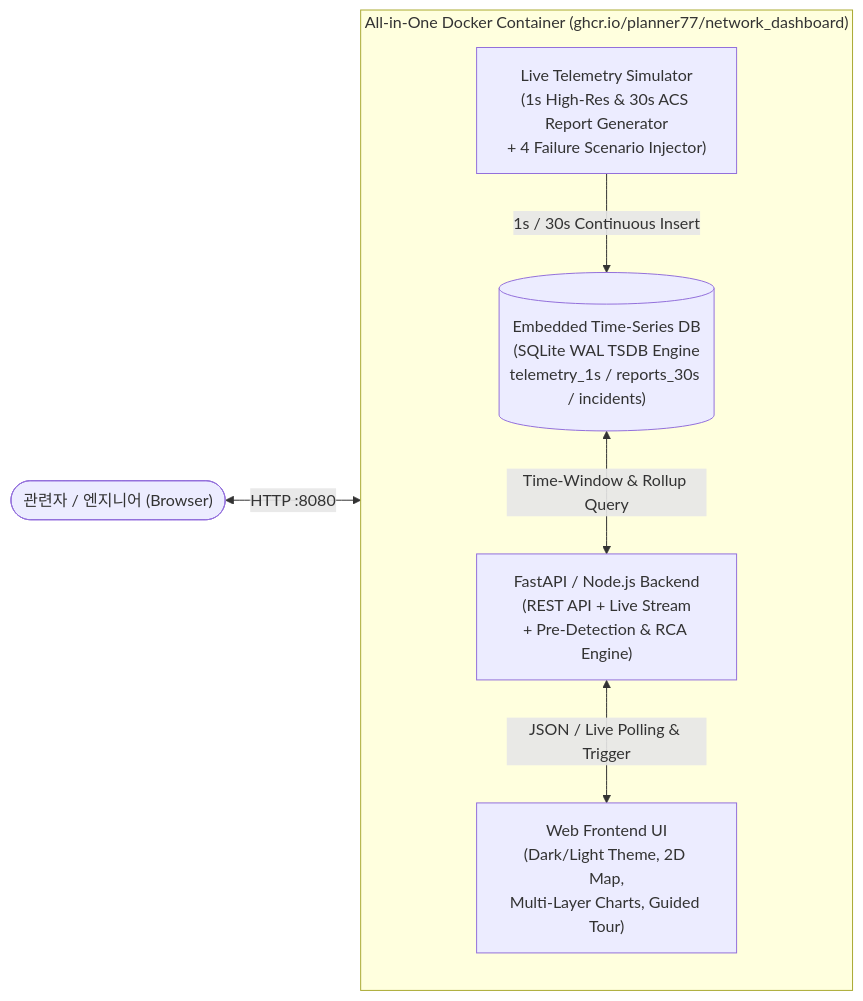
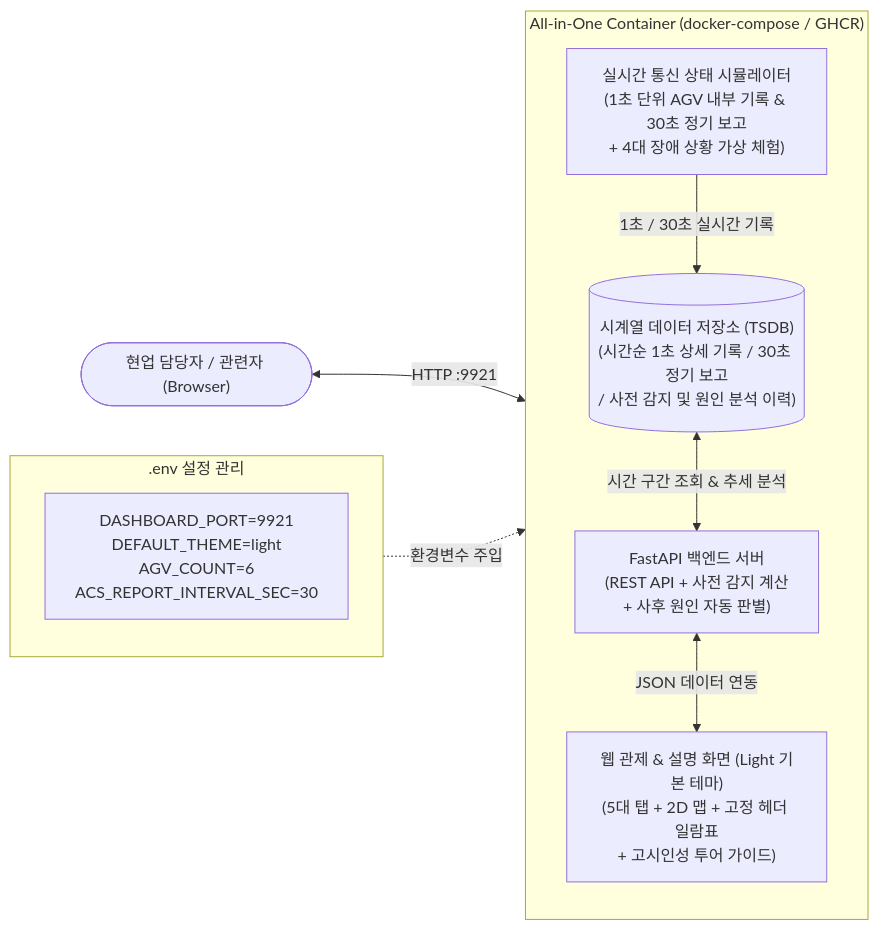
The diagram in docs/ARCHITECTURE.md (planner77/network_dashboard), drawn with Mermaid before and after one commit. The commit also changed other lines of this file and 17 other files, not shown here.

Commit message:
feat(v1.1): light theme default, port 9921 .env config, plain terminology, AGV/ACS roles tab, sticky table & high-visibility tour

````diff
--- a/docs/ARCHITECTURE.md
+++ b/docs/ARCHITECTURE.md
@@ -11,15 +9,20 @@
 ```mermaid
 flowchart LR
-    subgraph Container["All-in-One Docker Container (ghcr.io/planner77/network_dashboard)"]
+    subgraph Env[".env 설정 관리"]
+        E1["DASHBOARD_PORT=9921\nDEFAULT_THEME=light\nAGV_COUNT=6\nACS_REPORT_INTERVAL_SEC=30"]
+    end
+
+    subgraph Container["All-in-One Container (docker-compose / GHCR)"]
         direction TB
-        Sim["Live Telemetry Simulator\n(1s High-Res & 30s ACS Report Generator\n+ 4 Failure Scenario Injector)"]
-        TSDB[("Embedded Time-Series DB\n(SQLite WAL TSDB Engine\ntelemetry_1s / reports_30s / incidents)")]
-        API["FastAPI / Node.js Backend\n(REST API + Live Stream\n+ Pre-Detection & RCA Engine)"]
-        UI["Web Frontend UI\n(Dark/Light Theme, 2D Map,\nMulti-Layer Charts, Guided Tour)"]
+        Sim["실시간 통신 상태 시뮬레이터\n(1초 단위 AGV 내부 기록 & 30초 정기 보고\n+ 4대 장애 상황 가상 체험)"]
+        TSDB[("시계열 데이터 저장소 (TSDB)\n(시간순 1초 상세 기록 / 30초 정기 보고\n/ 사전 감지 및 원인 분석 이력)")]
+        API["FastAPI 백엔드 서버\n(REST API + 사전 감지 계산\n+ 사후 원인 자동 판별)"]
+        UI["웹 관제 & 설명 화면 (Light 기본 테마)\n(5대 탭 + 2D 맵 + 고정 헤더 일람표\n+ 고시인성 투어 가이드)"]
 
-        Sim -->|"1s / 30s Continuous Insert"| TSDB
-        TSDB <-->|"Time-Window & Rollup Query"| API
-        API <-->|"JSON / Live Polling & Trigger"| UI
+        Sim -->|"1초 / 30초 실시간 기록"| TSDB
+        TSDB <-->|"시간 구간 조회 & 추세 분석"| API
+        API <-->|"JSON 데이터 연동"| UI
     end
-    User(["관련자 / 엔지니어 (Browser)"]) <-->|"HTTP :8080"| UI
+    Env -.->|"환경변수 주입"| Container
+    User(["현업 담당자 / 관련자 (Browser)"]) <-->|"HTTP :9921"| UI
 ```
````
